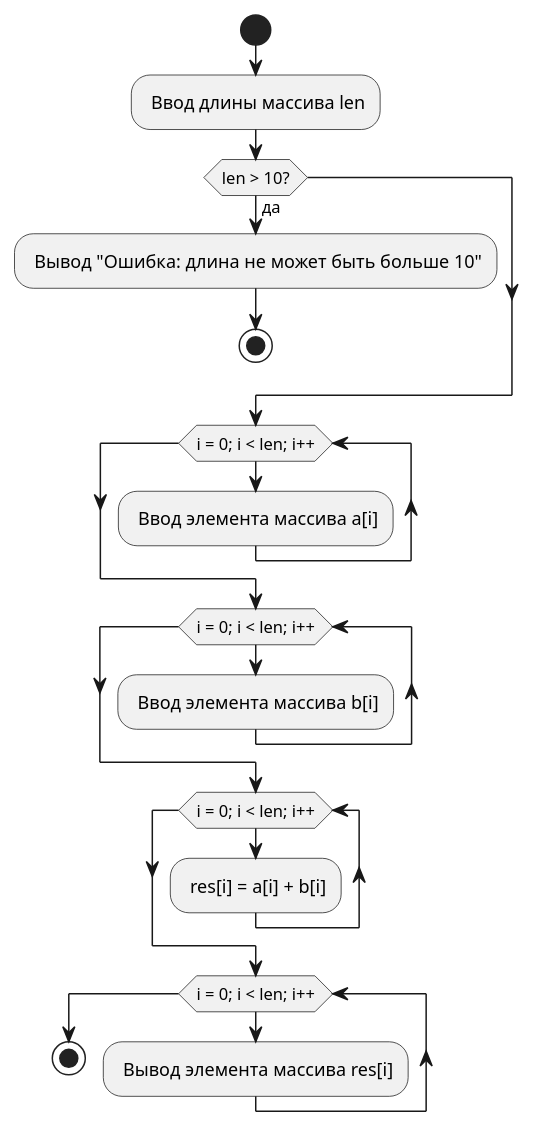
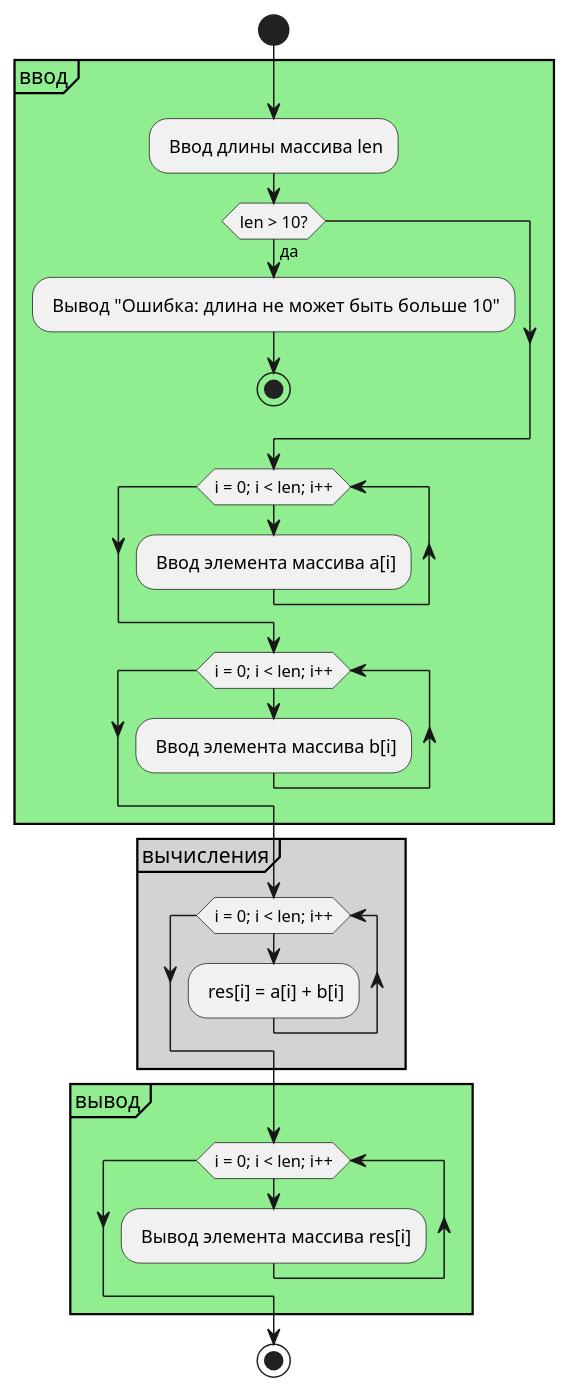
One commit to ermakov0/ivt-cpp changed the diagram in uml/05-1-array.puml. Above: the diagram before and after it, drawn with PlantUML. The commit also changed 25 other files, not shown here.

```diff
--- a/uml/05-1-array.puml
+++ b/uml/05-1-array.puml
@@ -1,22 +1,28 @@
 @startuml 05-1-array
 start
-- Ввод длины массива len
-if (len > 10?) then
-else (да)
-    - Вывод "Ошибка: длина не может быть больше 10"
-    stop
-endif
-while (i = 0; i < len; i++)
-    - Ввод элемента массива a[i]
-endwhile
-while (i = 0; i < len; i++)
-    - Ввод элемента массива b[i]
-endwhile
-while (i = 0; i < len; i++)
-    - res[i] = a[i] + b[i]
-endwhile
-while (i = 0; i < len; i++)
-    - Вывод элемента массива res[i]
-endwhile
+partition #lightGreen "ввод" {
+    - Ввод длины массива len
+    if (len > 10?) then
+    else (да)
+        - Вывод "Ошибка: длина не может быть больше 10"
+        stop
+    endif
+    while (i = 0; i < len; i++)
+        - Ввод элемента массива a[i]
+    endwhile
+    while (i = 0; i < len; i++)
+        - Ввод элемента массива b[i]
+    endwhile
+}
+partition #lightGray "вычисления" {
+    while (i = 0; i < len; i++)
+        - res[i] = a[i] + b[i]
+    endwhile
+}
+partition #lightGreen "вывод" {
+    while (i = 0; i < len; i++)
+        - Вывод элемента массива res[i]
+    endwhile
+}
 stop
 @enduml
```
